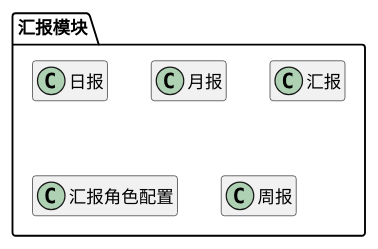
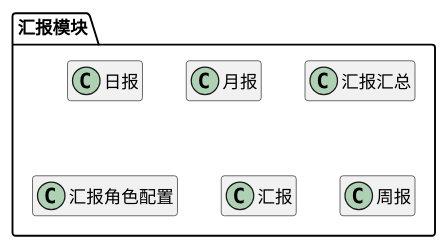
One commit to zj335841911/nt_chandao changed the fifth of 8 diagrams in ibizpms-docs/src/main/doc/v1/module/module_index.md. Above: the diagram before and after it, drawn with PlantUML. The commit also changed 72 other files, not shown here.

```diff
--- a/ibizpms-docs/src/main/doc/v1/module/module_index.md
+++ b/ibizpms-docs/src/main/doc/v1/module/module_index.md
@@ -694,26 +694,29 @@
 {% plantuml %}
 
 package 汇报模块 {
 
 class 日报 {
 }
 
 class 月报 {
 }
 
-class 汇报 {
+class 汇报汇总 {
 }
 
 class 汇报角色配置 {
+}
+
+class 汇报 {
 }
 
 class 周报 {
 }
 
 
 
 }
 
 hide members
 
 {% endplantuml %}
```
